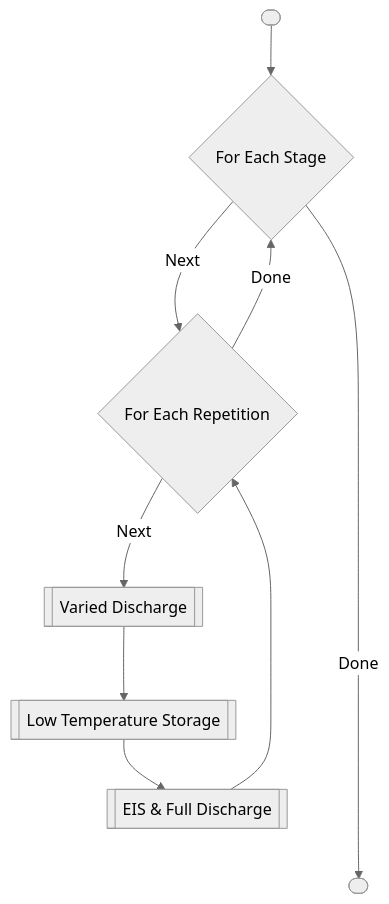
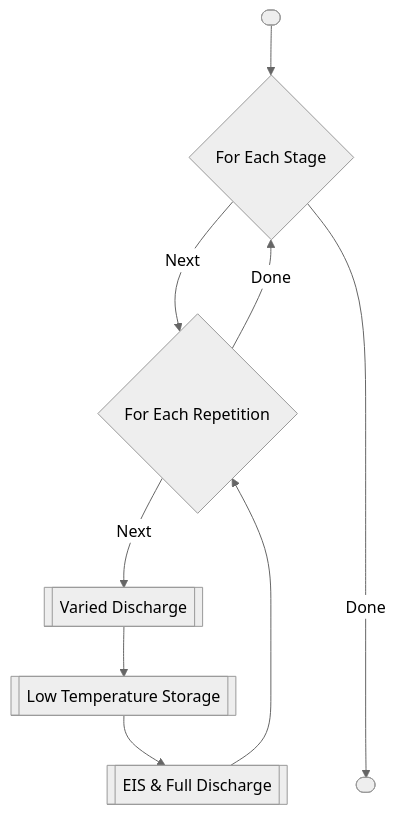
The first of 3 diagrams in Docs/UCT003 SoH Methodology.md (UCT-MARiS/SISPS-EXP-SOH), drawn with Mermaid (neutral theme) before and after one commit. The commit also changed other lines of this file, not shown here.

````diff
--- a/Docs/UCT003 SoH Methodology.md
+++ b/Docs/UCT003 SoH Methodology.md
@@ -39,21 +39,21 @@
 ```mermaid
 flowchart TB
 
 start([ ])
 stage{For Each Stage}
 repetition{For Each Repetition}
 varied[[Varied Discharge]]
 storage[[Low Temperature Storage]]
 discharge[[EIS & Full Discharge]]
 done([ ])
 
 start --> stage
 stage -->|Next| repetition
 repetition -->|Next| varied
 varied --> storage
 storage --> discharge
 discharge --> repetition
 repetition -->|Done| stage
 
-stage ------>|Done| done
+stage ----->|Done| done
 ```
````
